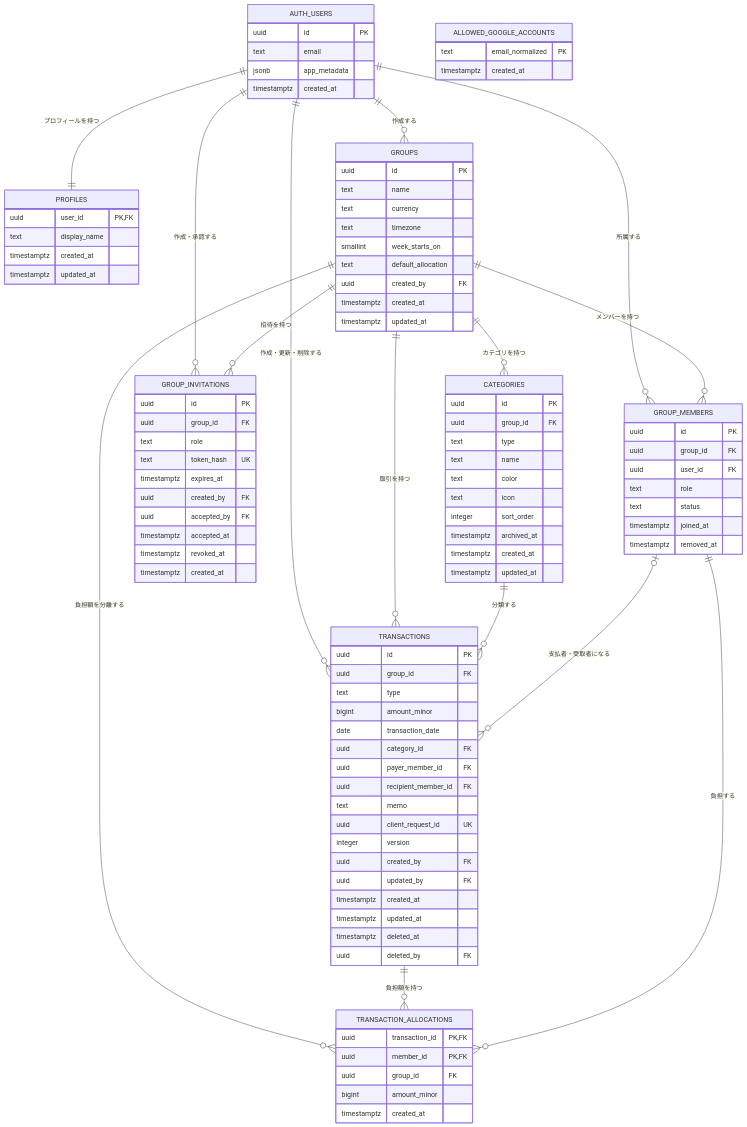
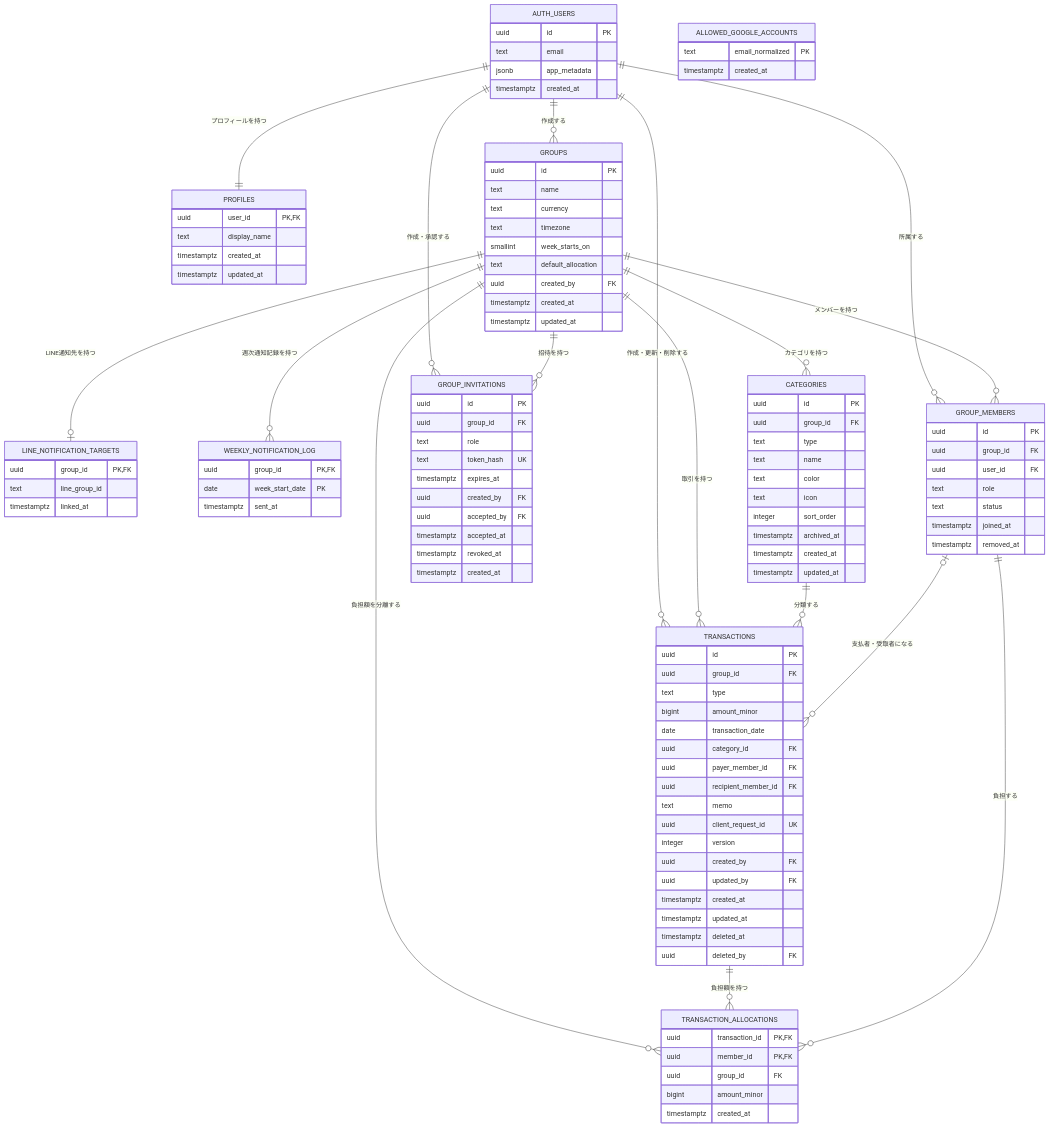
One commit to ttttai/account-book changed the diagram in specs/10-er-diagram.md. Above: the diagram before and after it, drawn with Mermaid. The commit also changed 24 other files, not shown here.

```diff
--- a/specs/10-er-diagram.md
+++ b/specs/10-er-diagram.md
@@ -33,6 +33,18 @@
     ALLOWED_GOOGLE_ACCOUNTS {
         text email_normalized PK
         timestamptz created_at
+    }
+
+    LINE_NOTIFICATION_TARGETS {
+        uuid group_id PK,FK
+        text line_group_id
+        timestamptz linked_at
+    }
+
+    WEEKLY_NOTIFICATION_LOG {
+        uuid group_id PK,FK
+        date week_start_date PK
+        timestamptz sent_at
     }
 
     GROUPS {
@@ -122,6 +134,8 @@
     GROUPS ||--o{ CATEGORIES : "カテゴリを持つ"
     GROUPS ||--o{ TRANSACTIONS : "取引を持つ"
     GROUPS ||--o{ TRANSACTION_ALLOCATIONS : "負担額を分離する"
+    GROUPS ||--o| LINE_NOTIFICATION_TARGETS : "LINE通知先を持つ"
+    GROUPS ||--o{ WEEKLY_NOTIFICATION_LOG : "週次通知記録を持つ"
 
     CATEGORIES ||--o{ TRANSACTIONS : "分類する"
     GROUP_MEMBERS o|--o{ TRANSACTIONS : "支払者・受取者になる"
```
